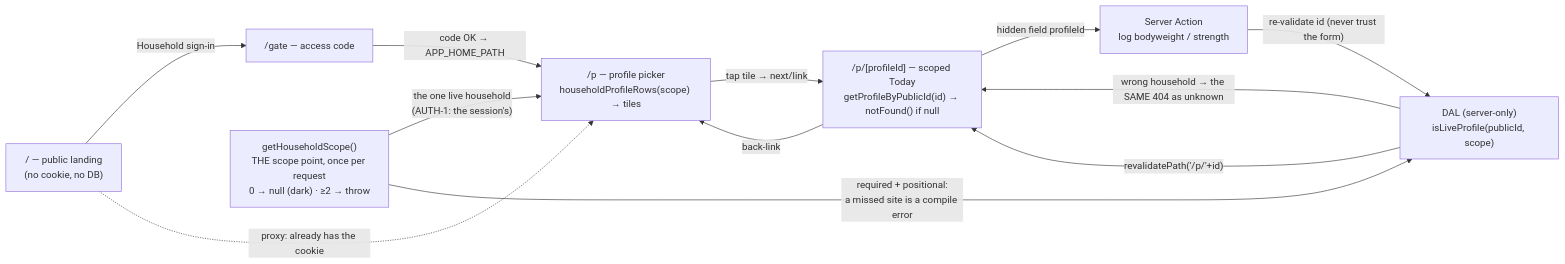
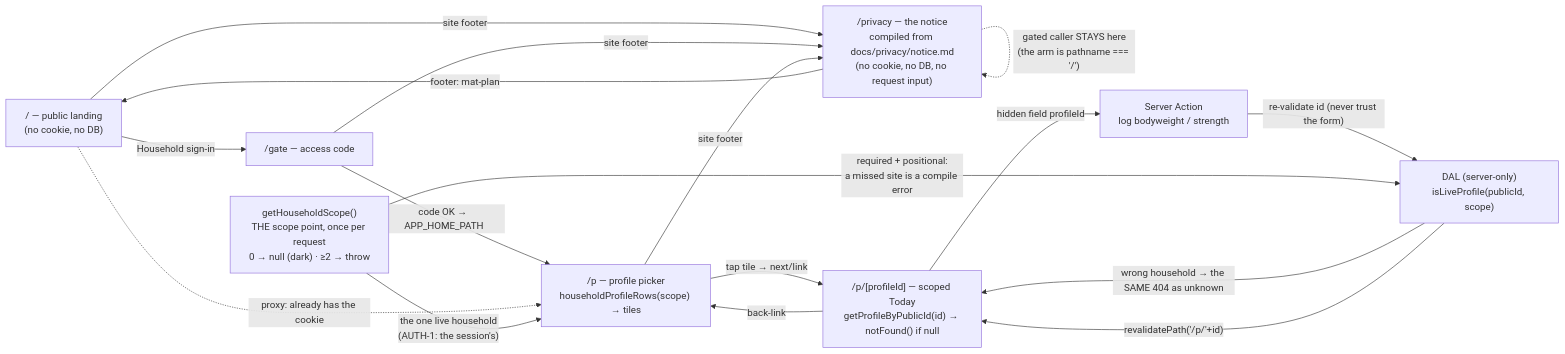
Before and after one commit to ralamode/mat-plan: the fourth of 13 diagrams in docs/architecture.md, drawn with Mermaid. The commit also changed other lines of this file and 30 other files, not shown here.

First line of the commit message:
feat(priv-2): serve the privacy notice at /privacy (#291)

````diff
--- a/docs/architecture.md
+++ b/docs/architecture.md
@@ -155,22 +167,28 @@
 ```mermaid
 flowchart LR
   LANDING["/ — public landing<br/>(no cookie, no DB)"]
+  PRIVACY["/privacy — the notice<br/>compiled from docs/privacy/notice.md<br/>(no cookie, no DB, no request input)"]
   GATE["/gate — access code"]
   PICKER["/p — profile picker<br/>householdProfileRows(scope) → tiles"]
   TODAY["/p/[profileId] — scoped Today<br/>getProfileByPublicId(id) → notFound() if null"]
   ACT["Server Action<br/>log bodyweight / strength"]
   SCOPE["getHouseholdScope()<br/>THE scope point, once per request<br/>0 → null (dark) · ≥2 → throw"]
   DAL["DAL (server-only)<br/>isLiveProfile(publicId, scope)"]
 
   LANDING -->|"Household sign-in"| GATE
   GATE -->|"code OK → APP_HOME_PATH"| PICKER
   LANDING -.->|"proxy: already has the cookie"| PICKER
+  LANDING -->|"site footer"| PRIVACY
+  GATE -->|"site footer"| PRIVACY
+  PICKER -->|"site footer"| PRIVACY
+  PRIVACY -->|"footer: mat-plan"| LANDING
+  PRIVACY -.->|"gated caller STAYS here<br/>(the arm is pathname === '/')"| PRIVACY
   SCOPE -->|"the one live household<br/>(AUTH-1: the session's)"| PICKER
   PICKER -->|"tap tile → next/link"| TODAY
   TODAY -->|"back-link"| PICKER
   TODAY -->|"hidden field profileId"| ACT
   ACT -->|"re-validate id (never trust the form)"| DAL
   SCOPE -->|"required + positional:<br/>a missed site is a compile error"| DAL
   DAL -->|"wrong household → the SAME 404 as unknown"| TODAY
   DAL -->|"revalidatePath('/p/'+id)"| TODAY
 ```
````
